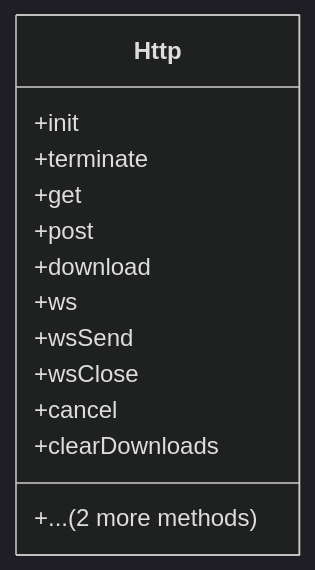
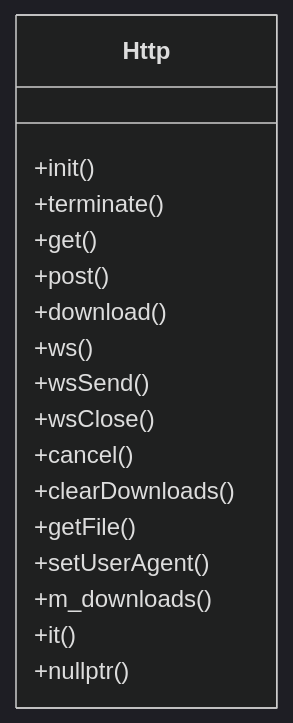
One commit to lukaszj321/otcv8-dev changed the diagram in docs/authoring/01_core/api/cpp/framework/diagrams/http.mmd. Above: the diagram before and after it, drawn with Mermaid. The commit also changed 60 other files, not shown here.

Commit message:
fix: show all methods in class diagrams without truncation

```diff
--- a/docs/authoring/01_core/api/cpp/framework/diagrams/http.mmd
+++ b/docs/authoring/01_core/api/cpp/framework/diagrams/http.mmd
@@ -1,15 +1,19 @@
 %%{init: {'theme':'dark','themeVariables': {'primaryTextColor':'#ddd','lineColor':'#9aa0a6'},'securityLevel':'loose'}}%%
 classDiagram
     class Http {
-        +init
-        +terminate
-        +get
-        +post
-        +download
-        +ws
-        +wsSend
-        +wsClose
-        +cancel
-        +clearDownloads
-        +... (2 more methods)
+        +init()
+        +terminate()
+        +get()
+        +post()
+        +download()
+        +ws()
+        +wsSend()
+        +wsClose()
+        +cancel()
+        +clearDownloads()
+        +getFile()
+        +setUserAgent()
+        +m_downloads()
+        +it()
+        +nullptr()
     }
```
